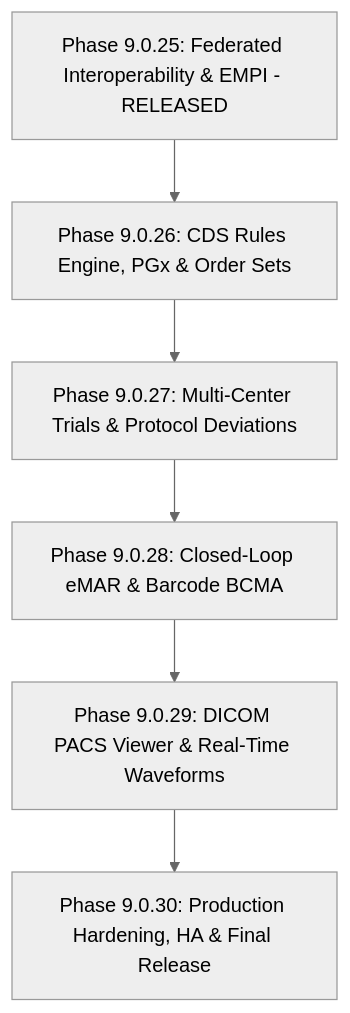
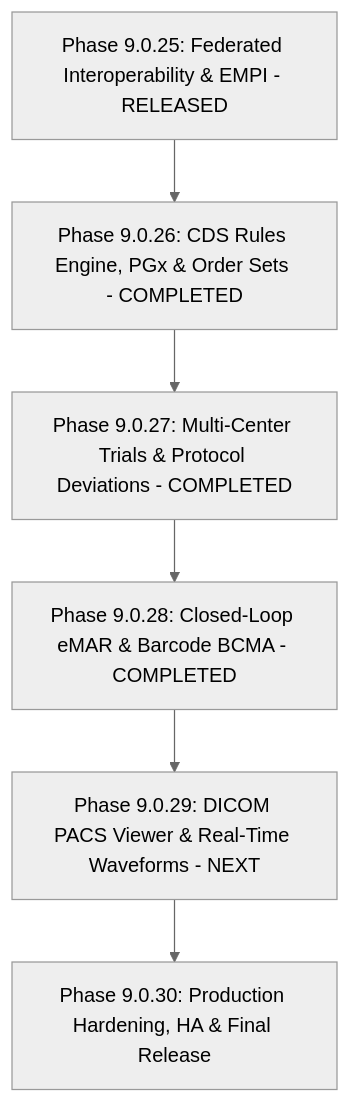
Before and after one commit to Harish2004-sonwale/MediGen-AI: the diagram in docs/remaining_project_roadmap.md, drawn with Mermaid (neutral theme). The commit also changed other lines of this file and 14 other files, not shown here.

Commit message:
feat(emar): implement Phase 9.0.28 closed-loop eMAR, bedside BCMA 5-rights barcode verification and ISMP high-alert dual-signoff

````diff
--- a/docs/remaining_project_roadmap.md
+++ b/docs/remaining_project_roadmap.md
@@ -22,8 +25,8 @@
 ```mermaid
 graph TD
-    P25[Phase 9.0.25: Federated Interoperability & EMPI - RELEASED] --> P26[Phase 9.0.26: CDS Rules Engine, PGx & Order Sets]
-    P26 --> P27[Phase 9.0.27: Multi-Center Trials & Protocol Deviations]
-    P27 --> P28[Phase 9.0.28: Closed-Loop eMAR & Barcode BCMA]
-    P28 --> P29[Phase 9.0.29: DICOM PACS Viewer & Real-Time Waveforms]
+    P25[Phase 9.0.25: Federated Interoperability & EMPI - RELEASED] --> P26[Phase 9.0.26: CDS Rules Engine, PGx & Order Sets - COMPLETED]
+    P26 --> P27[Phase 9.0.27: Multi-Center Trials & Protocol Deviations - COMPLETED]
+    P27 --> P28[Phase 9.0.28: Closed-Loop eMAR & Barcode BCMA - COMPLETED]
+    P28 --> P29[Phase 9.0.29: DICOM PACS Viewer & Real-Time Waveforms - NEXT]
     P29 --> P30[Phase 9.0.30: Production Hardening, HA & Final Release]
 ```
````
